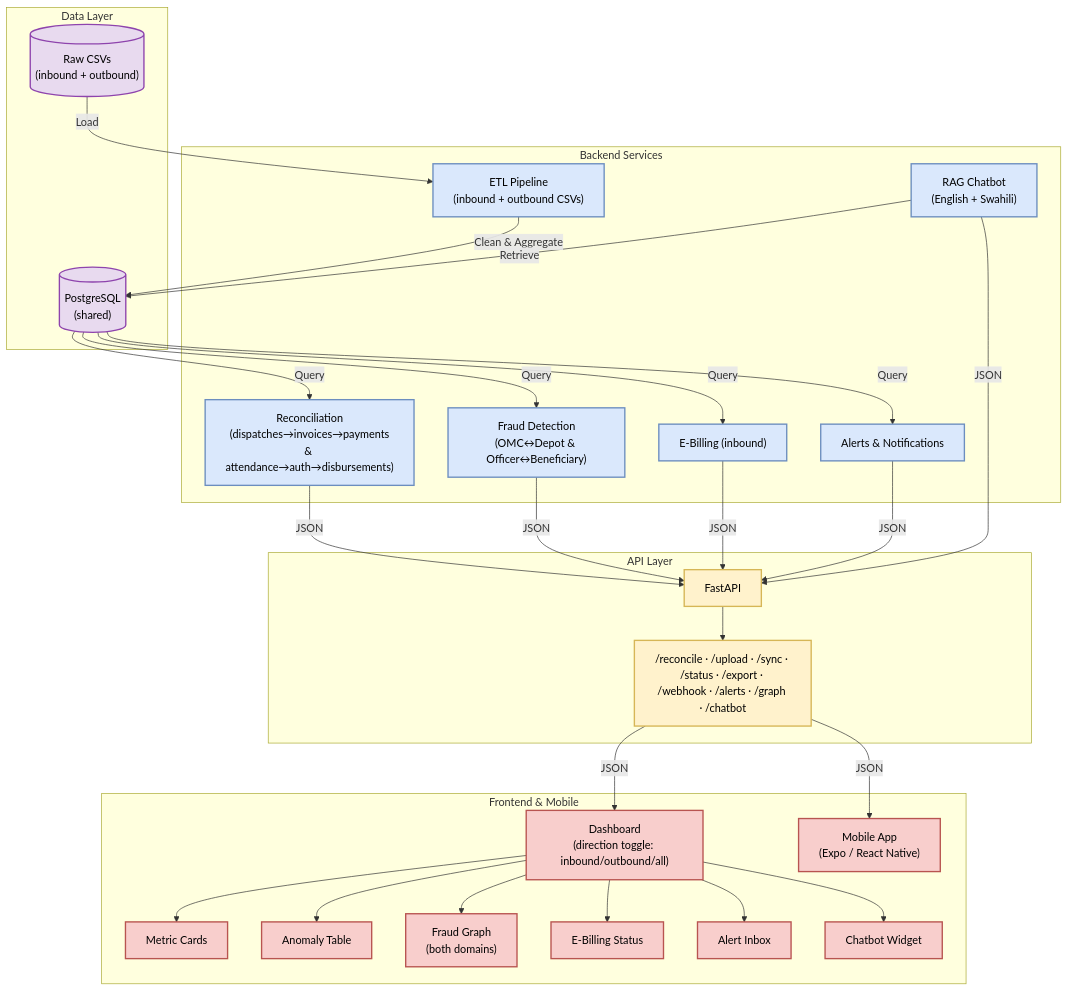
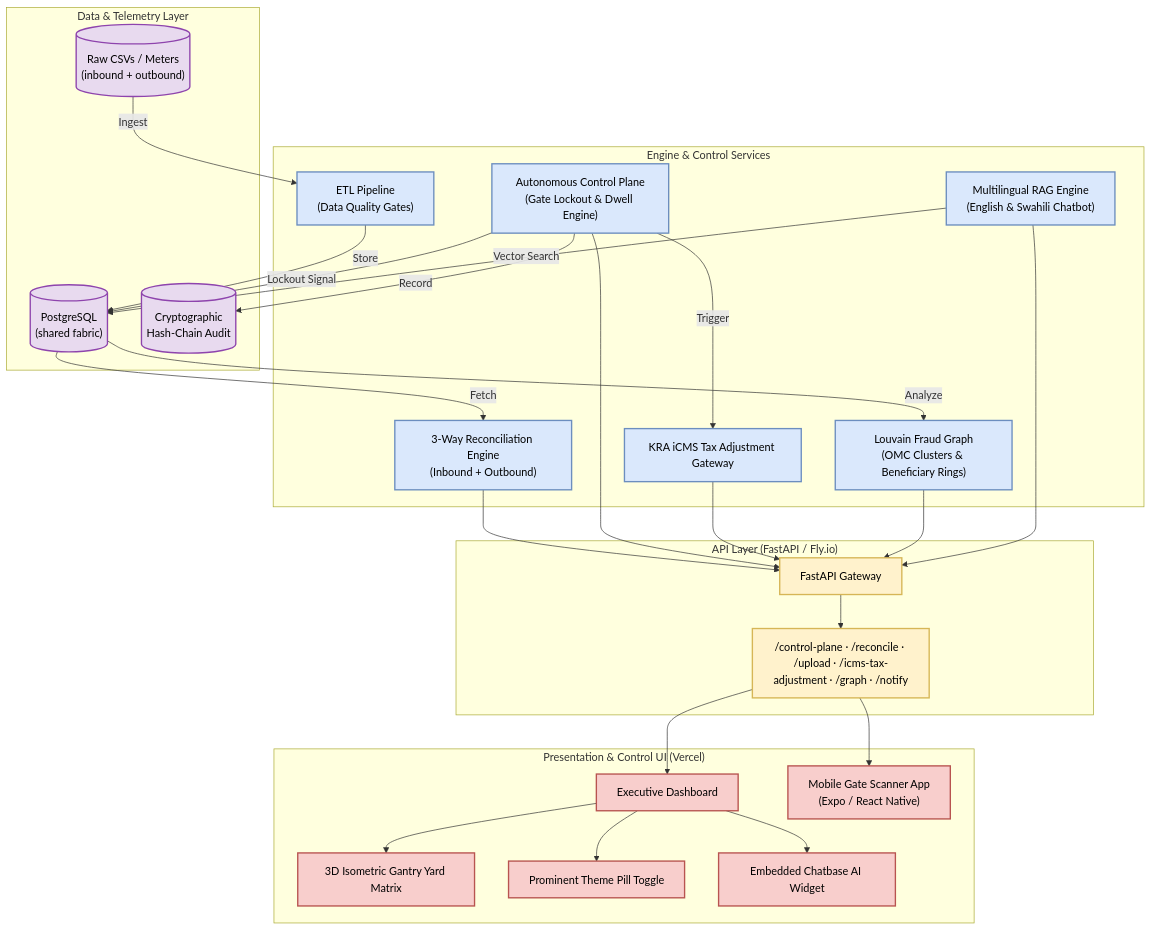
Before and after one commit to TristanBrian/revenue-assurance: the second of 3 diagrams in README.md, drawn with Mermaid. The commit also changed other lines of this file, not shown here.

Commit message:
docs: update README with new Vercel deployment URL (reconovaa.vercel.app), Hackathon 3 Autonomous Control Plane details, and Mermaid workflow diagrams

````diff
--- a/README.md
+++ b/README.md
@@ -123,66 +91,62 @@
 ```mermaid
 graph TD
-    subgraph Data_Layer["Data Layer"]
-        CSV[("Raw CSVs\n(inbound + outbound)")]
-        DB[("PostgreSQL\n(shared)")]
+    subgraph Data_Layer["Data & Telemetry Layer"]
+        CSV[("Raw CSVs / Meters\n(inbound + outbound)")]
+        DB[("PostgreSQL\n(shared fabric)")]
+        AuditChain[("Cryptographic\nHash-Chain Audit")]
     end
 
-    subgraph Service_Layer["Backend Services"]
-        ETL["ETL Pipeline\n(inbound + outbound CSVs)"]
-        Recon["Reconciliation\n(dispatches→invoices→payments\n& attendance→auth→disbursements)"]
-        Fraud["Fraud Detection\n(OMC↔Depot & Officer↔Beneficiary)"]
-        EBill["E-Billing (inbound)"]
-        Alerts["Alerts & Notifications"]
-        RAG["RAG Chatbot\n(English + Swahili)"]
+    subgraph Service_Layer["Engine & Control Services"]
+        ETL["ETL Pipeline\n(Data Quality Gates)"]
+        Recon["3-Way Reconciliation Engine\n(Inbound + Outbound)"]
+        ControlPlane["Autonomous Control Plane\n(Gate Lockout & Dwell Engine)"]
+        iCMSGateway["KRA iCMS Tax Adjustment Gateway"]
+        Fraud["Louvain Fraud Graph\n(OMC Clusters & Beneficiary Rings)"]
+        RAG["Multilingual RAG Engine\n(English & Swahili Chatbot)"]
     end
 
-    subgraph API_Layer["API Layer"]
-        API["FastAPI"]
-        Routes["/reconcile · /upload · /sync · /status · /export · /webhook · /alerts · /graph · /chatbot"]
+    subgraph API_Layer["API Layer (FastAPI / Fly.io)"]
+        API["FastAPI Gateway"]
+        Routes["/control-plane · /reconcile · /upload · /icms-tax-adjustment · /graph · /notify"]
     end
 
-    subgraph UI_Layer["Frontend & Mobile"]
-        Dashboard["Dashboard\n(direction toggle: inbound/outbound/all)"]
-        Cards["Metric Cards"]
-        Table["Anomaly Table"]
-        Graph["Fraud Graph\n(both domains)"]
-        EBillUI["E-Billing Status"]
-        AlertsUI["Alert Inbox"]
-        ChatbotUI["Chatbot Widget"]
-        MobileApp["Mobile App\n(Expo / React Native)"]
+    subgraph UI_Layer["Presentation & Control UI (Vercel)"]
+        Dashboard["Executive Dashboard"]
+        Gantry3D["3D Isometric Gantry Yard Matrix"]
+        PillToggle["Prominent Theme Pill Toggle"]
+        ChatbotUI["Embedded Chatbase AI Widget"]
+        MobileApp["Mobile Gate Scanner App\n(Expo / React Native)"]
     end
 
-    CSV -->|Load| ETL
-    ETL -->|Clean & Aggregate| DB
-    DB -->|Query| Recon
-    DB -->|Query| Fraud
-    DB -->|Query| EBill
-    DB -->|Query| Alerts
-    RAG -->|Retrieve| DB
+    CSV -->|Ingest| ETL
+    ETL -->|Store| DB
+    DB -->|Fetch| Recon
+    DB -->|Analyze| Fraud
+    ControlPlane -->|Lockout Signal| DB
+    ControlPlane -->|Trigger| iCMSGateway
+    ControlPlane -->|Record| AuditChain
+    RAG -->|Vector Search| DB
 
-    Recon -->|JSON| API
-    Fraud -->|JSON| API
-    EBill -->|JSON| API
-    Alerts -->|JSON| API
-    RAG -->|JSON| API
+    Recon --> API
+    ControlPlane --> API
+    iCMSGateway --> API
+    Fraud --> API
+    RAG --> API
     API --> Routes
 
-    Routes -->|JSON| Dashboard
-    Dashboard --> Cards
-    Dashboard --> Table
-    Dashboard --> Graph
-    Dashboard --> EBillUI
-    Dashboard --> AlertsUI
+    Routes --> Dashboard
+    Dashboard --> Gantry3D
+    Dashboard --> PillToggle
     Dashboard --> ChatbotUI
-    Routes -->|JSON| MobileApp
+    Routes --> MobileApp
 
     classDef data fill:#e8daef,stroke:#8e44ad,stroke-width:2px,color:#000
     classDef service fill:#dae8fc,stroke:#6c8ebf,stroke-width:2px,color:#000
     classDef api fill:#fff2cc,stroke:#d6b656,stroke-width:2px,color:#000
     classDef ui fill:#f8cecc,stroke:#b85450,stroke-width:2px,color:#000
 
-    class CSV,DB data
-    class ETL,Recon,Fraud,EBill,Alerts,RAG service
+    class CSV,DB,AuditChain data
+    class ETL,Recon,ControlPlane,iCMSGateway,Fraud,RAG service
     class API,Routes api
-    class Dashboard,Cards,Table,Graph,EBillUI,AlertsUI,ChatbotUI,MobileApp ui
+    class Dashboard,Gantry3D,PillToggle,ChatbotUI,MobileApp ui
 ```
````
